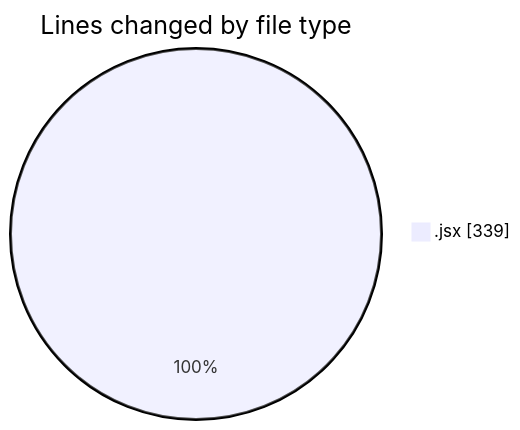
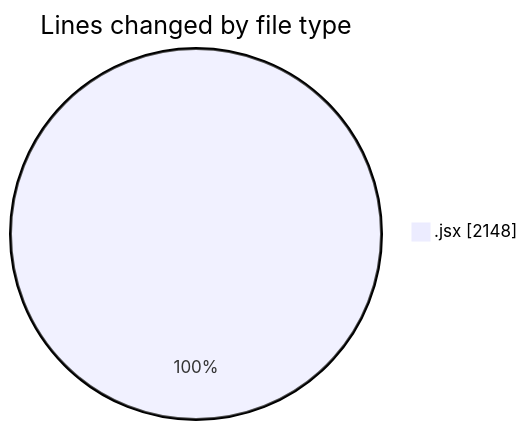
One commit to nxtqubesakshisongat/code-tracking changed the first of 2 diagrams in 2025-07-04/argos/README.md. Above: the diagram before and after it, drawn with Mermaid. The commit also changed other lines of this file and 1 other file, not shown here.

````diff
--- a/2025-07-04/argos/README.md
+++ b/2025-07-04/argos/README.md
@@ -20,5 +21,5 @@
 ```mermaid
 pie showData
 title Lines changed by file type
-".jsx" : 339
+".jsx" : 2148
 ```
````
